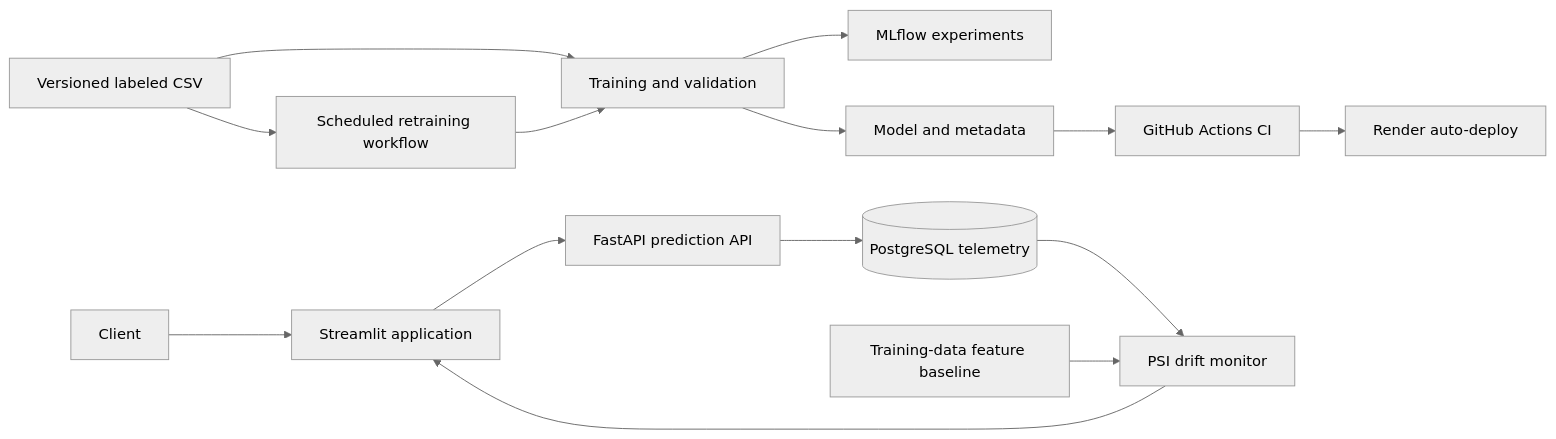
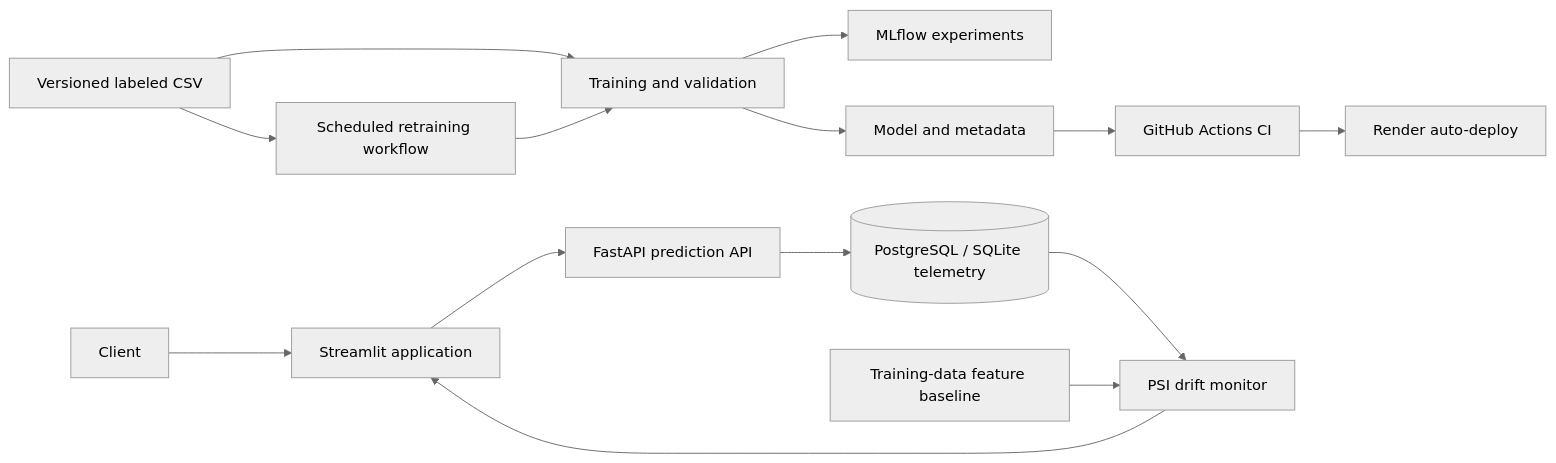
One commit to nipunidasanayake/customer-churn-mlops changed the diagram in README.md. Above: the diagram before and after it, drawn with Mermaid (neutral theme). The commit also changed other lines of this file and 1 other file, not shown here.

````diff
--- a/README.md
+++ b/README.md
@@ -7,16 +7,16 @@
 ```mermaid
 flowchart LR
     CSV[Versioned labeled CSV] --> Train[Training and validation]
     Train --> MLflow[MLflow experiments]
     Train --> Artifacts[Model and metadata]
     Artifacts --> CI[GitHub Actions CI]
     CI --> Render[Render auto-deploy]
     Client --> Dashboard[Streamlit application]
     Dashboard --> API[FastAPI prediction API]
-    API --> Store[(PostgreSQL telemetry)]
+    API --> Store[(PostgreSQL / SQLite telemetry)]
     Store --> Drift[PSI drift monitor]
     Baseline[Training-data feature baseline] --> Drift
     Drift --> Dashboard
     CSV --> Schedule[Scheduled retraining workflow]
     Schedule --> Train
 ```
````
